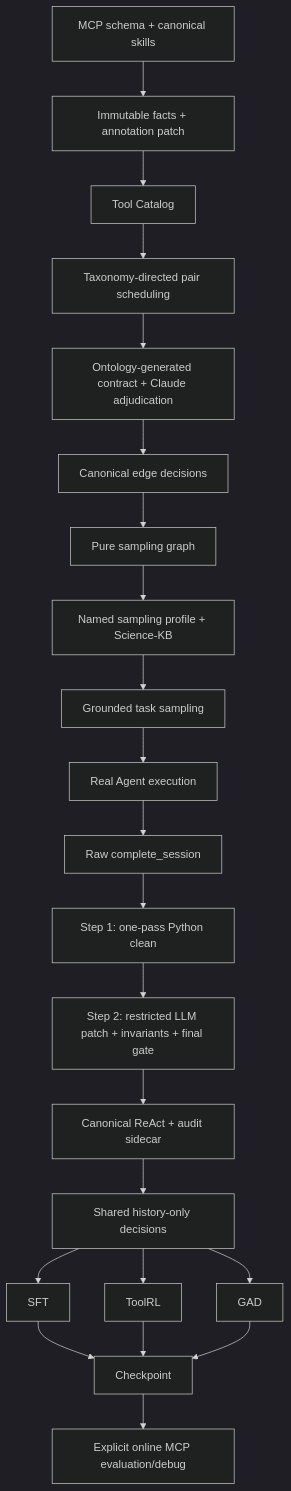
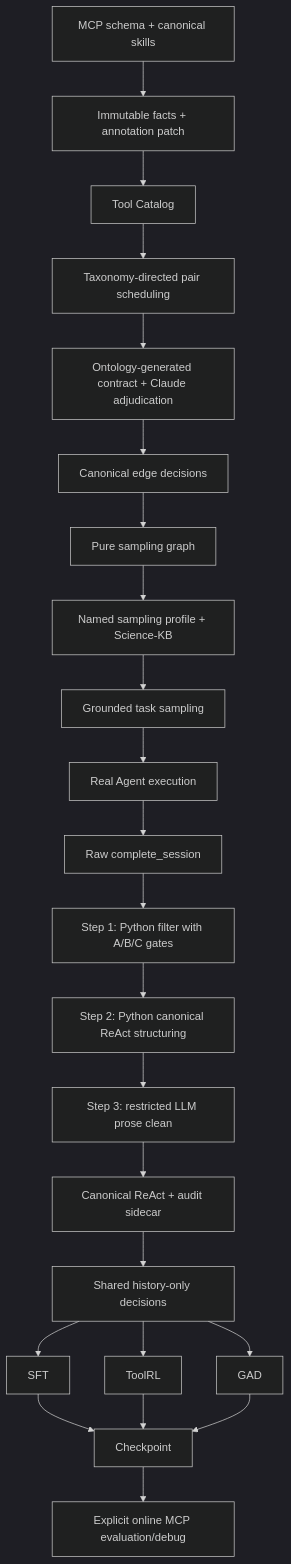
One commit to mu9enn/drug-pipe changed the diagram in docs/MAINLINE.md. Above: the diagram before and after it, drawn with Mermaid (dark theme). The commit also changed other lines of this file and 26 other files, not shown here.

````diff
--- a/docs/MAINLINE.md
+++ b/docs/MAINLINE.md
@@ -31,24 +31,25 @@
 ```mermaid
 flowchart TD
     A[MCP schema + canonical skills] --> B[Immutable facts + annotation patch]
     B --> C[Tool Catalog]
     C --> D[Taxonomy-directed pair scheduling]
     D --> E[Ontology-generated contract + Claude adjudication]
     E --> F[Canonical edge decisions]
     F --> G[Pure sampling graph]
     G --> S[Named sampling profile + Science-KB]
     S --> H[Grounded task sampling]
     H --> I[Real Agent execution]
     I --> J[Raw complete_session]
-    J --> K[Step 1: one-pass Python clean]
-    K --> T[Step 2: restricted LLM patch + invariants + final gate]
+    J --> K[Step 1: Python filter with A/B/C gates]
+    K --> U[Step 2: Python canonical ReAct structuring]
+    U --> T[Step 3: restricted LLM prose clean]
     T --> R[Canonical ReAct + audit sidecar]
     R --> L[Shared history-only decisions]
     L --> M[SFT]
     L --> N[ToolRL]
     L --> O[GAD]
     M --> P[Checkpoint]
     N --> P
     O --> P
     P --> Q[Explicit online MCP evaluation/debug]
 ```
````
